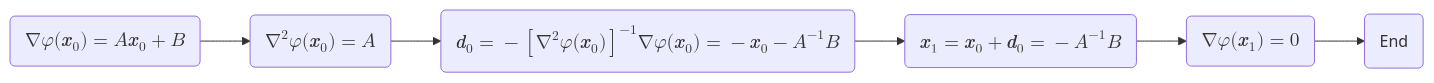
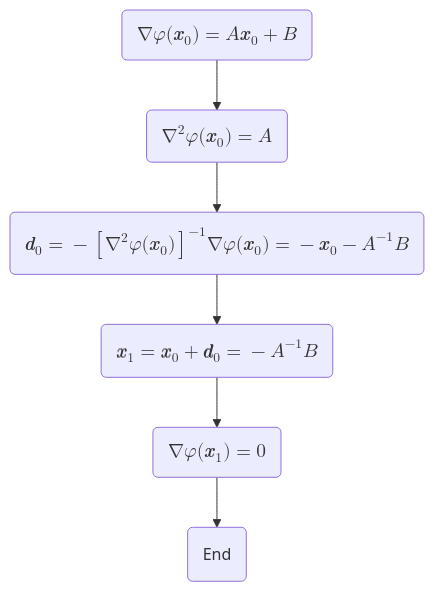
Before and after one commit to peterpanxw/xiweipan: the diagram in content/en/blog/2025-04-20-constrainedopti.md, drawn with Mermaid.

Commit message:
updating site on Tue Apr 22 16:06:22     2025

````diff
--- a/content/en/blog/2025-04-20-constrainedopti.md
+++ b/content/en/blog/2025-04-20-constrainedopti.md
@@ -130,4 +130,4 @@
 ```mermaid
-graph LR
-A("$$\nabla\varphi(\pmb{x}_0)=A\pmb{x}_0+B$$") --> B("$$\nabla^2\varphi(\pmb{x}_0)=A$$") --> C("$$\pmb{d}_0=-\left[\nabla^2\varphi(\pmb{x}_0)\right]^{-1}\nabla\varphi(\pmb{x}_0)=-\pmb{x}_0-A^{-1}B$$") --> D("$$\pmb{x}_1=\pmb{x}_0+\pmb{d}_0=-A^{-1}B$$") --> E("$$\nabla\varphi(\pmb{x}_1)=0$$") --> F(End)
+graph TB
+A("`$$\nabla\varphi(\pmb{x}_0)=A\pmb{x}_0+B$$`") --> B("`$$\nabla^2\varphi(\pmb{x}_0)=A$$`") --> C("`$$\pmb{d}_0=-\left[\nabla^2\varphi(\pmb{x}_0)\right]^{-1}\nabla\varphi(\pmb{x}_0)=-\pmb{x}_0-A^{-1}B$$`") --> D("`$$\pmb{x}_1=\pmb{x}_0+\pmb{d}_0=-A^{-1}B$$`") --> E("`$$\nabla\varphi(\pmb{x}_1)=0$$`") --> F(End)
 ```
````
